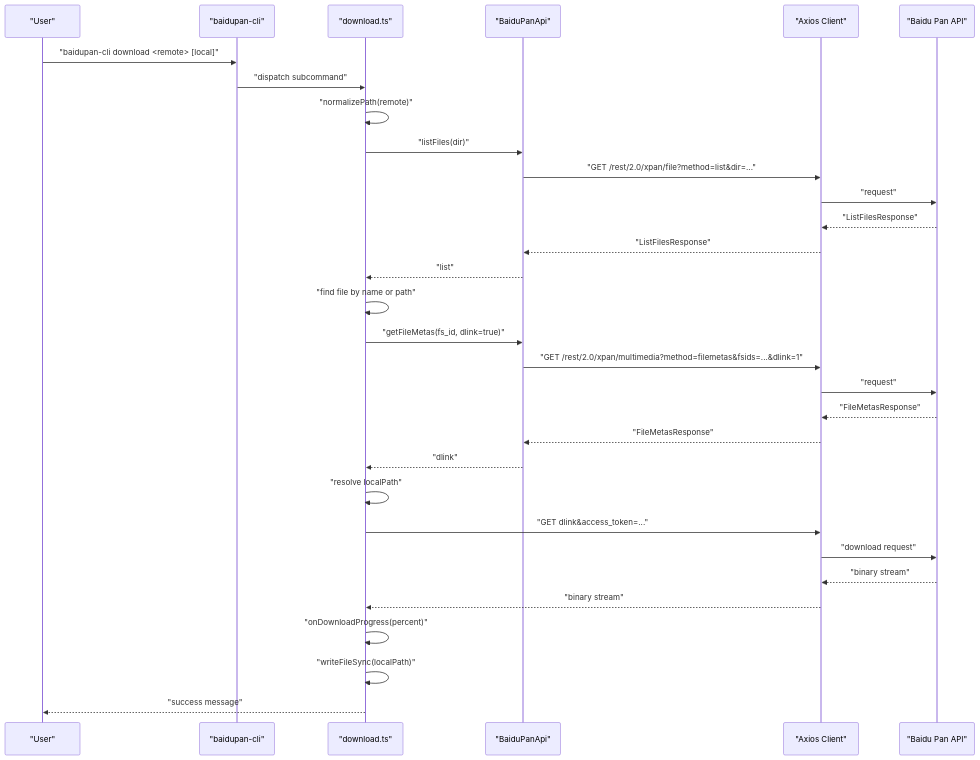
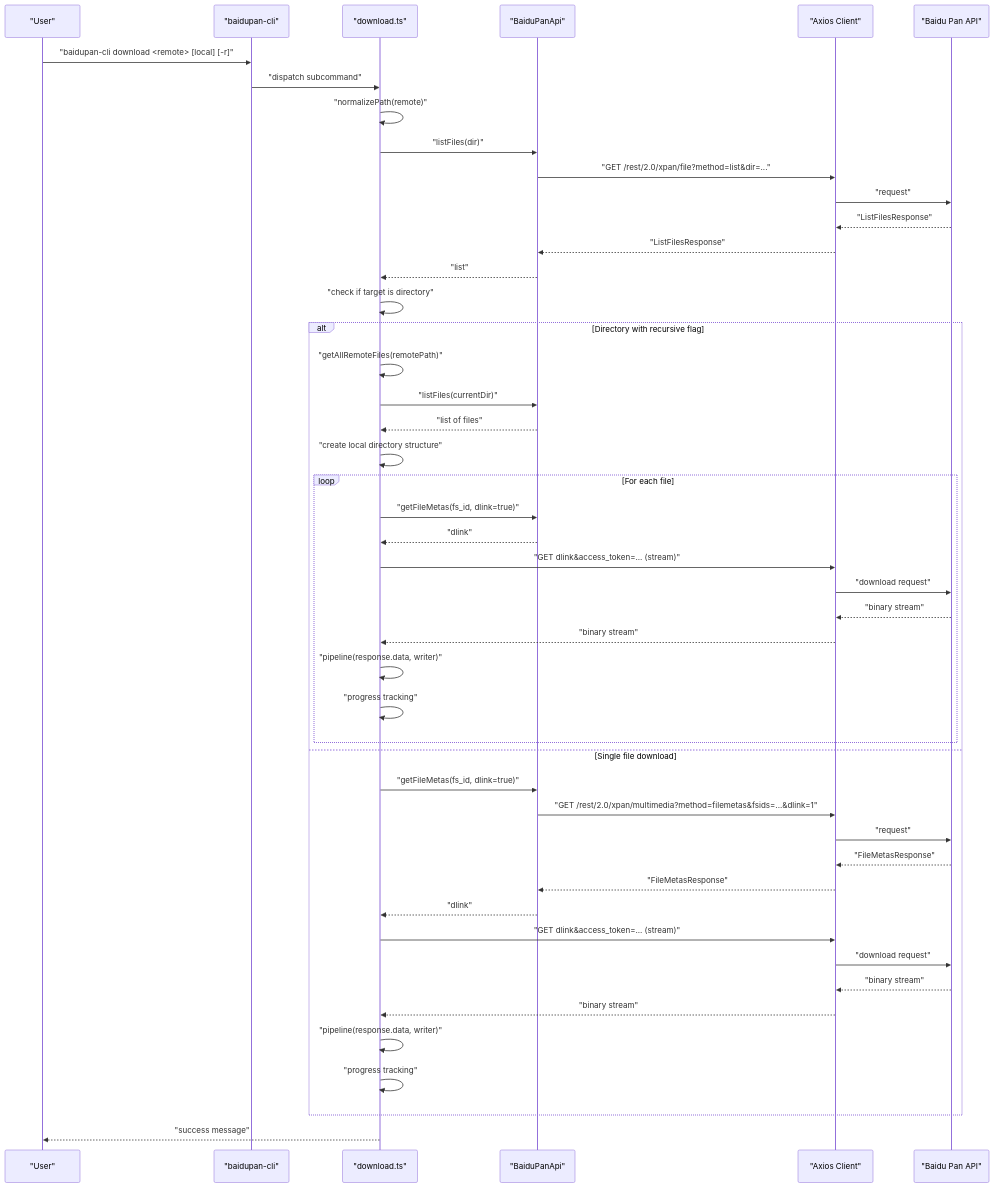
The second of 4 diagrams in .qoder/repowiki/en/content/Command Reference/Download Command.md (yuexiaoliang/baiduwangpan-manager), drawn with Mermaid before and after one commit. The commit also changed other lines of this file and 30 other files, not shown here.

````diff
--- a/.qoder/repowiki/en/content/Command Reference/Download Command.md
+++ b/.qoder/repowiki/en/content/Command Reference/Download Command.md
@@ -90,33 +113,49 @@
 ```mermaid
 sequenceDiagram
 participant User as "User"
 participant CLI as "baidupan-cli"
 participant Cmd as "download.ts"
 participant Api as "BaiduPanApi"
 participant Client as "Axios Client"
 participant Baidu as "Baidu Pan API"
-User->>CLI : "baidupan-cli download <remote> [local]"
+User->>CLI : "baidupan-cli download <remote> [local] [-r]"
 CLI->>Cmd : "dispatch subcommand"
 Cmd->>Cmd : "normalizePath(remote)"
 Cmd->>Api : "listFiles(dir)"
 Api->>Client : "GET /rest/2.0/xpan/file?method=list&dir=..."
 Client->>Baidu : "request"
 Baidu-->>Client : "ListFilesResponse"
 Client-->>Api : "ListFilesResponse"
 Api-->>Cmd : "list"
-Cmd->>Cmd : "find file by name or path"
+Cmd->>Cmd : "check if target is directory"
+alt Directory with recursive flag
+Cmd->>Cmd : "getAllRemoteFiles(remotePath)"
+Cmd->>Api : "listFiles(currentDir)"
+Api-->>Cmd : "list of files"
+Cmd->>Cmd : "create local directory structure"
+loop For each file
+Cmd->>Api : "getFileMetas(fs_id, dlink=true)"
+Api-->>Cmd : "dlink"
+Cmd->>Client : "GET dlink&access_token=... (stream)"
+Client->>Baidu : "download request"
+Baidu-->>Client : "binary stream"
+Client-->>Cmd : "binary stream"
+Cmd->>Cmd : "pipeline(response.data, writer)"
+Cmd->>Cmd : "progress tracking"
+end
+else Single file download
 Cmd->>Api : "getFileMetas(fs_id, dlink=true)"
 Api->>Client : "GET /rest/2.0/xpan/multimedia?method=filemetas&fsids=...&dlink=1"
 Client->>Baidu : "request"
 Baidu-->>Client : "FileMetasResponse"
 Client-->>Api : "FileMetasResponse"
 Api-->>Cmd : "dlink"
-Cmd->>Cmd : "resolve localPath"
-Cmd->>Client : "GET dlink&access_token=..."
+Cmd->>Client : "GET dlink&access_token=... (stream)"
 Client->>Baidu : "download request"
 Baidu-->>Client : "binary stream"
 Client-->>Cmd : "binary stream"
-Cmd->>Cmd : "onDownloadProgress(percent)"
-Cmd->>Cmd : "writeFileSync(localPath)"
+Cmd->>Cmd : "pipeline(response.data, writer)"
+Cmd->>Cmd : "progress tracking"
+end
 Cmd-->>User : "success message"
 ```
````
